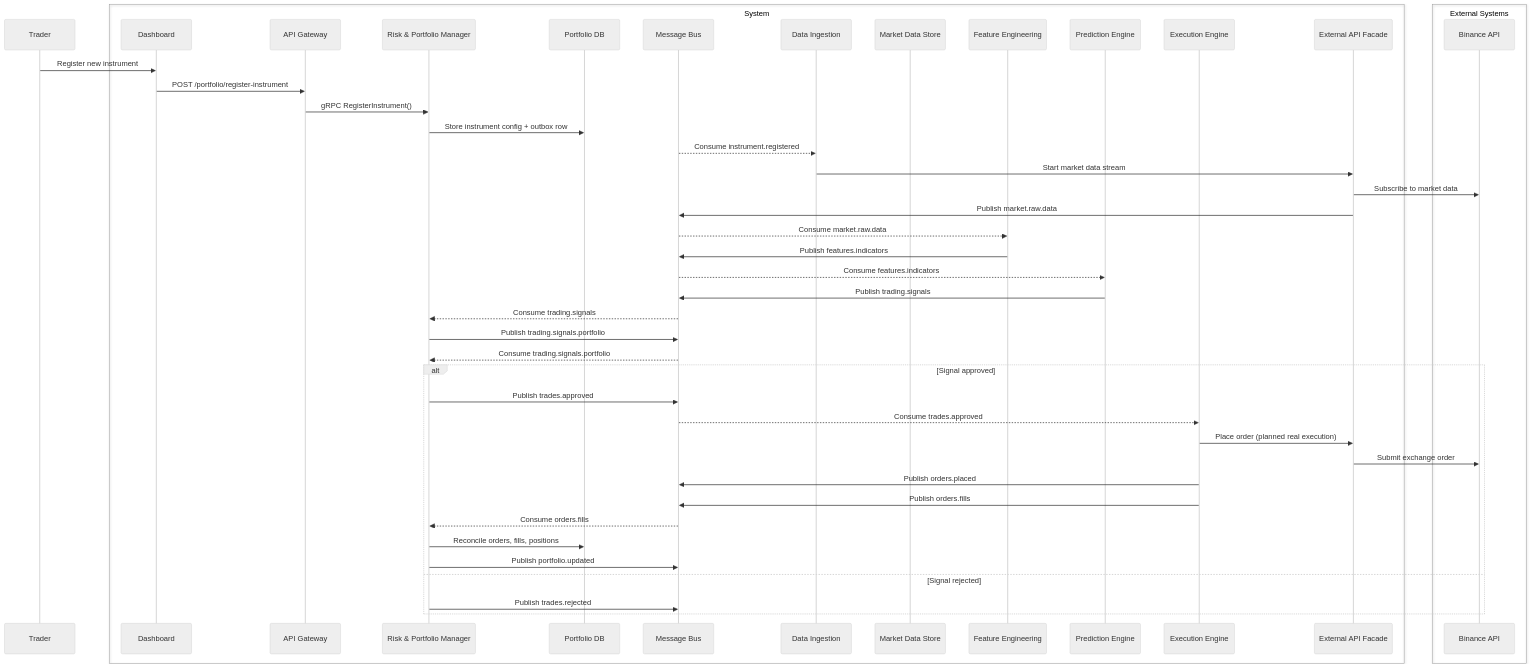
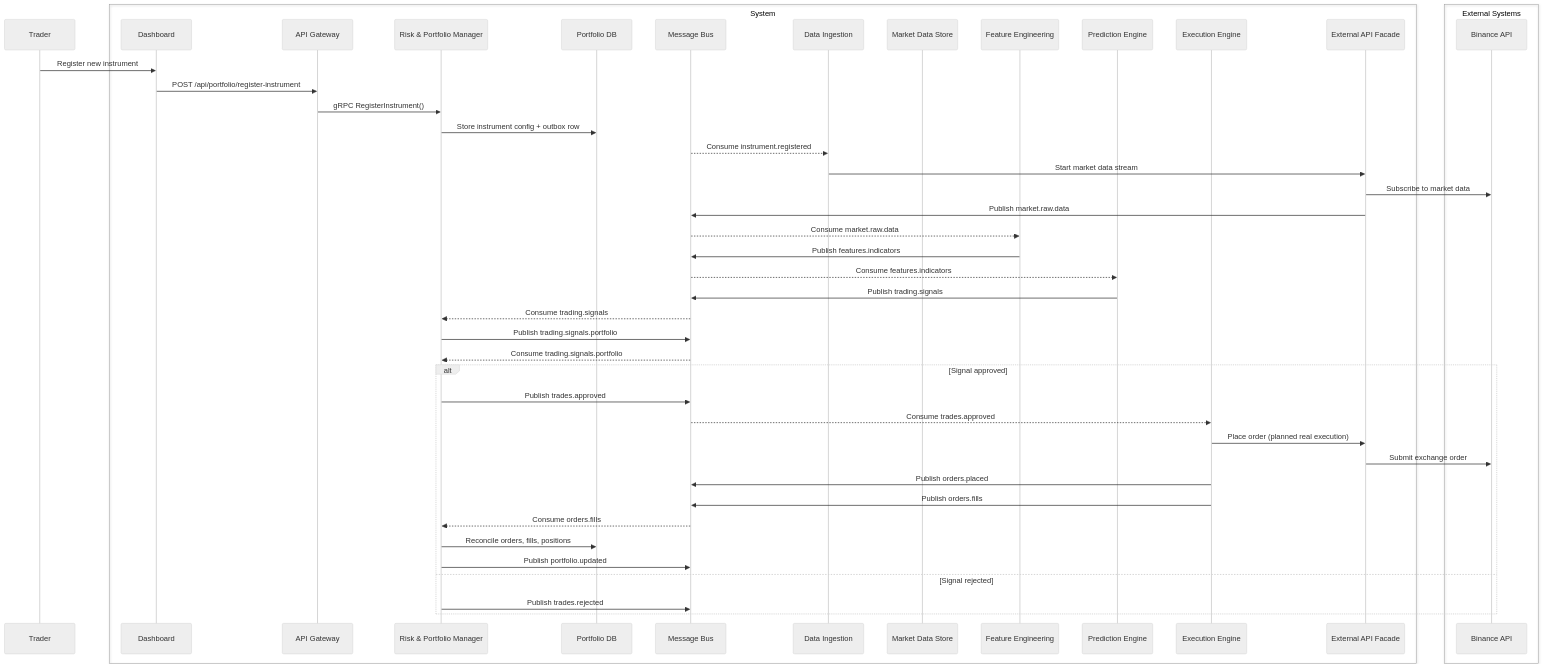
Before and after one commit to IMalaniak/trading-bot: the seventh of 7 diagrams in docs/architecture/ARCHITECTURE.md, drawn with Mermaid (neutral theme). The commit also changed other lines of this file and 2 other files, not shown here.

````diff
--- a/docs/architecture/ARCHITECTURE.md
+++ b/docs/architecture/ARCHITECTURE.md
@@ -571,56 +649,56 @@
 ```mermaid
 sequenceDiagram
     participant Trader
 
     box System
     participant Dashboard
     participant APIGateway as API Gateway
     participant RiskManager as Risk & Portfolio Manager
     participant DB as Portfolio DB
     participant Kafka as Message Bus
     participant DataIngestion as Data Ingestion
     participant TimescaleDB as Market Data Store
     participant FeatureEng as Feature Engineering
     participant PredictionEngine as Prediction Engine
     participant ExecutionEngine as Execution Engine
     participant ExternalAPI as External API Facade
     end
 
     box External Systems
     participant Binance as Binance API
     end
 
     Trader->>Dashboard: Register new instrument
-    Dashboard->>APIGateway: POST /portfolio/register-instrument
+    Dashboard->>APIGateway: POST /api/portfolio/register-instrument
     APIGateway->>RiskManager: gRPC RegisterInstrument()
     RiskManager->>DB: Store instrument config + outbox row
     Kafka-->>DataIngestion: Consume instrument.registered
 
     DataIngestion->>ExternalAPI: Start market data stream
     ExternalAPI->>Binance: Subscribe to market data
     ExternalAPI->>Kafka: Publish market.raw.data
 
     Kafka-->>FeatureEng: Consume market.raw.data
     FeatureEng->>Kafka: Publish features.indicators
 
     Kafka-->>PredictionEngine: Consume features.indicators
     PredictionEngine->>Kafka: Publish trading.signals
 
     Kafka-->>RiskManager: Consume trading.signals
     RiskManager->>Kafka: Publish trading.signals.portfolio
     Kafka-->>RiskManager: Consume trading.signals.portfolio
 
     alt Signal approved
         RiskManager->>Kafka: Publish trades.approved
         Kafka-->>ExecutionEngine: Consume trades.approved
         ExecutionEngine->>ExternalAPI: Place order (planned real execution)
         ExternalAPI->>Binance: Submit exchange order
         ExecutionEngine->>Kafka: Publish orders.placed
         ExecutionEngine->>Kafka: Publish orders.fills
         Kafka-->>RiskManager: Consume orders.fills
         RiskManager->>DB: Reconcile orders, fills, positions
         RiskManager->>Kafka: Publish portfolio.updated
     else Signal rejected
         RiskManager->>Kafka: Publish trades.rejected
     end
 ```
````
